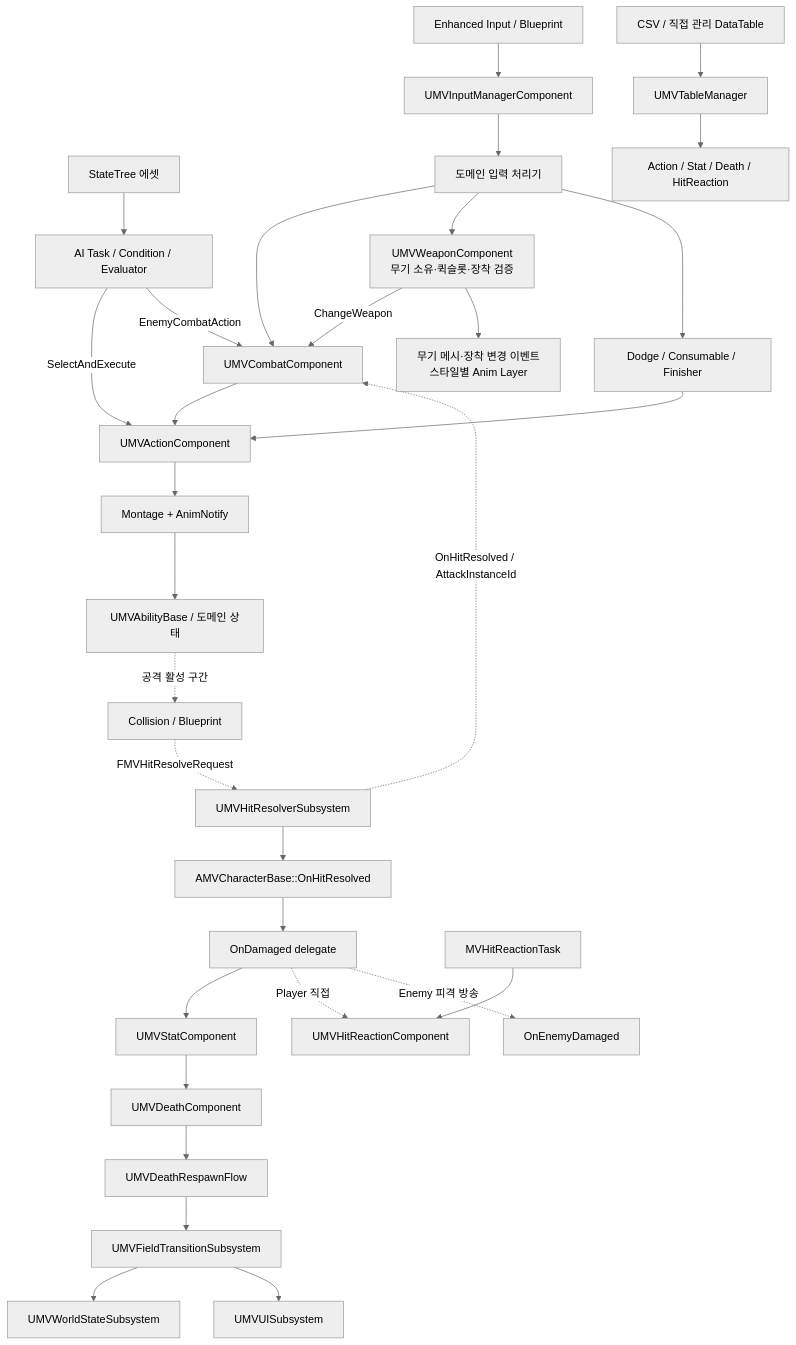
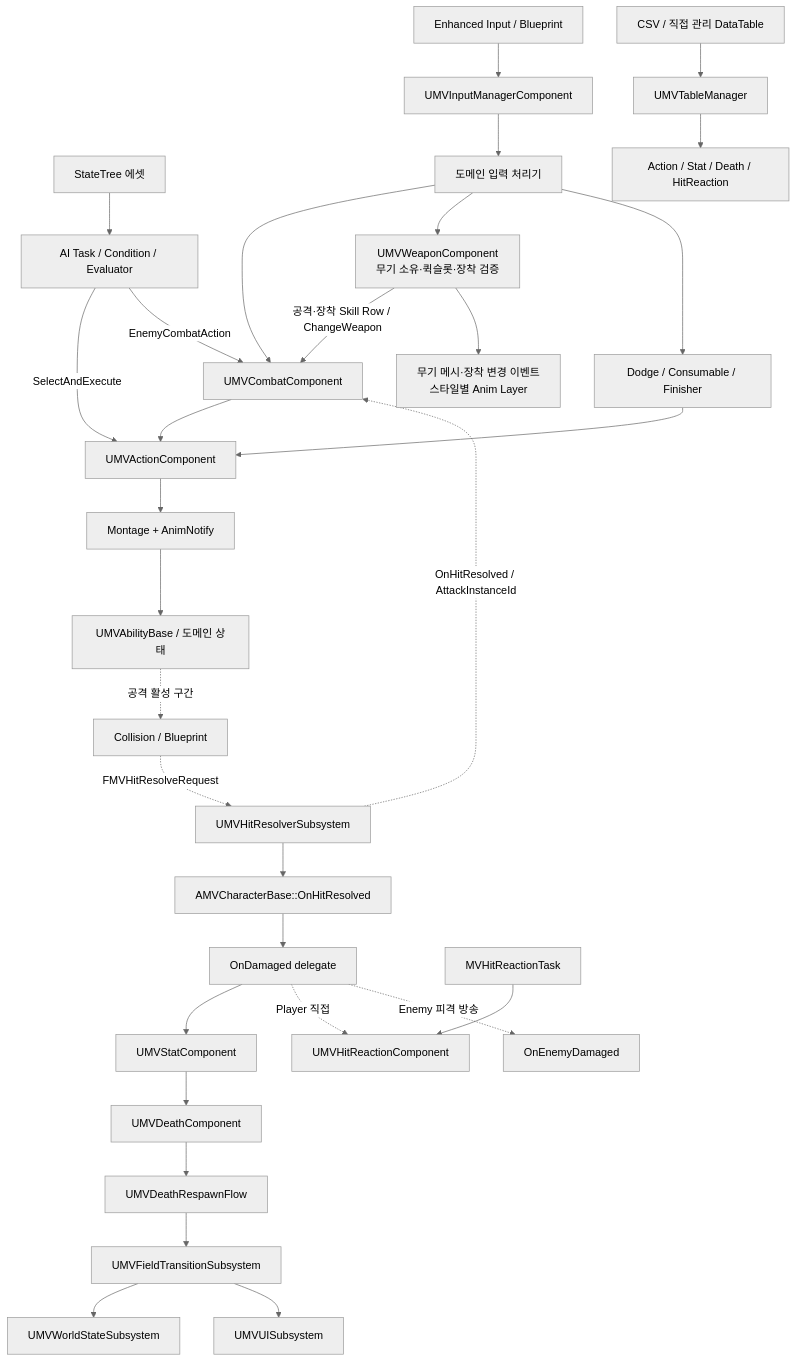
Before and after one commit to DreamersStudio3/Maverick: the diagram in docs/wiki/Architecture/document.md, drawn with Mermaid (neutral theme). The commit also changed other lines of this file and 4 other files, not shown here.

````diff
--- a/docs/wiki/Architecture/document.md
+++ b/docs/wiki/Architecture/document.md
@@ -17,33 +17,33 @@
 ```mermaid
 flowchart TD
     Input["Enhanced Input / Blueprint"] --> InputManager["UMVInputManagerComponent"]
     StateTree["StateTree 에셋"] --> AITasks["AI Task / Condition / Evaluator"]
     InputManager --> Handlers["도메인 입력 처리기"]
     AITasks -->|SelectAndExecute| Action["UMVActionComponent"]
     AITasks -->|EnemyCombatAction| Combat["UMVCombatComponent"]
     Handlers --> Combat
     Handlers --> Weapon["UMVWeaponComponent<br/>무기 소유·퀵슬롯·장착 검증"]
-    Weapon -->|ChangeWeapon| Combat
+    Weapon -->|공격·장착 Skill Row / ChangeWeapon| Combat
     Weapon --> WeaponVisual["무기 메시·장착 변경 이벤트<br/>스타일별 Anim Layer"]
     Handlers --> PlayerDomains["Dodge / Consumable / Finisher"]
     Combat --> Action
     PlayerDomains --> Action
     Action --> Montage["Montage + AnimNotify"]
     Montage --> Ability["UMVAbilityBase / 도메인 상태"]
     Ability -. "공격 활성 구간" .-> HitSource["Collision / Blueprint"]
     HitSource -. "FMVHitResolveRequest" .-> HitResolver["UMVHitResolverSubsystem"]
     HitResolver -. "OnHitResolved / AttackInstanceId" .-> Combat
     HitResolver --> CharacterBridge["AMVCharacterBase::OnHitResolved"]
     CharacterBridge --> OnDamaged["OnDamaged delegate"]
     OnDamaged --> Stat["UMVStatComponent"]
     OnDamaged -. "Player 직접" .-> HitReaction["UMVHitReactionComponent"]
     OnDamaged -. "Enemy 피격 방송" .-> EnemyDamaged["OnEnemyDamaged"]
     EnemyTask["MVHitReactionTask"] --> HitReaction
     Stat --> Death["UMVDeathComponent"]
     Death --> Respawn["UMVDeathRespawnFlow"]
     Respawn --> Transition["UMVFieldTransitionSubsystem"]
     Transition --> WorldState["UMVWorldStateSubsystem"]
     Transition --> UI["UMVUISubsystem"]
     Tables["CSV / 직접 관리 DataTable"] --> TableManager["UMVTableManager"]
     TableManager --> RuntimeConsumers["Action / Stat / Death / HitReaction"]
 ```
````
